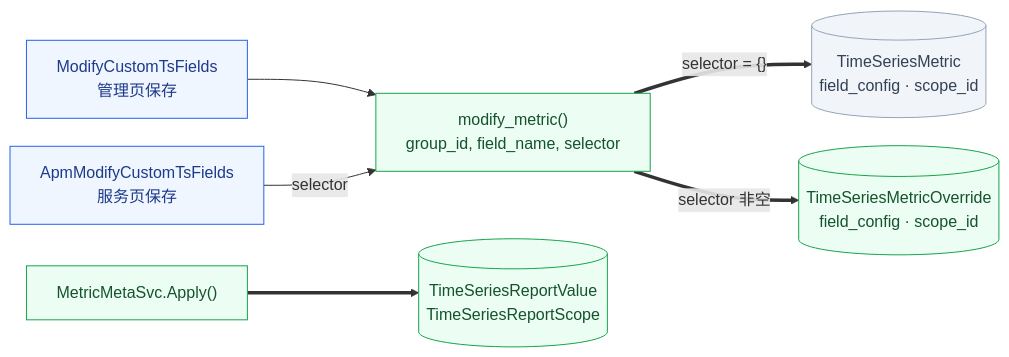
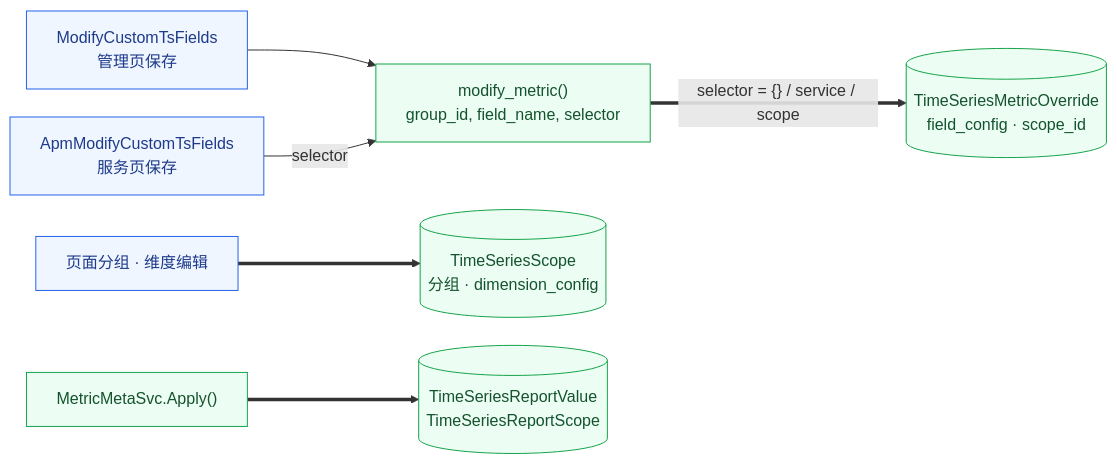
One commit to ZhuoZhuoCrayon/ai-workspace changed diagram 14 of 25 in knowledge/bkmonitor/issues/2026-09-15-custom-metric-metadata/PLAN.md. Above: the diagram before and after it, drawn with Mermaid. The commit also changed other lines of this file, not shown here.

First line of the commit message:
docs(issue): separate custom metric reporting from page edits

````diff
--- a/knowledge/bkmonitor/issues/2026-09-15-custom-metric-metadata/PLAN.md
+++ b/knowledge/bkmonitor/issues/2026-09-15-custom-metric-metadata/PLAN.md
@@ -1053,16 +932,15 @@
 ```mermaid
 %%{init: {"flowchart": {"nodeSpacing": 28, "rankSpacing": 56, "wrappingWidth": 400}}}%%
 flowchart LR
     Page["ModifyCustomTsFields<br/>管理页保存"] --> Modify["modify_metric()<br/>group_id, field_name, selector"]
     Apm["ApmModifyCustomTsFields<br/>服务页保存"] -->|"selector"| Modify
-    Modify ==>|"selector = {}"| TSM[("TimeSeriesMetric<br/>field_config · scope_id")]
-    Modify ==>|"selector 非空"| Override[("TimeSeriesMetricOverride<br/>field_config · scope_id")]
+    Modify ==>|"selector = {} / service / scope"| Override[("TimeSeriesMetricOverride<br/>field_config · scope_id")]
+    Group["页面分组 · 维度编辑"] ==> TSS[("TimeSeriesScope<br/>分组 · dimension_config")]
     Apply["MetricMetaSvc.Apply()"] ==> New[("TimeSeriesReportValue<br/>TimeSeriesReportScope")]
 
     classDef old fill:#f1f5f9,stroke:#94a3b8,color:#334155
     classDef add fill:#ecfdf3,stroke:#16a34a,color:#14532d
     classDef change fill:#eff6ff,stroke:#2563eb,color:#1e3a8a
-    class TSM old
-    class Page,Apm change
-    class Modify,Override,Apply,New add
+    class Page,Apm,Group change
+    class Modify,Override,TSS,Apply,New add
 ```
````
